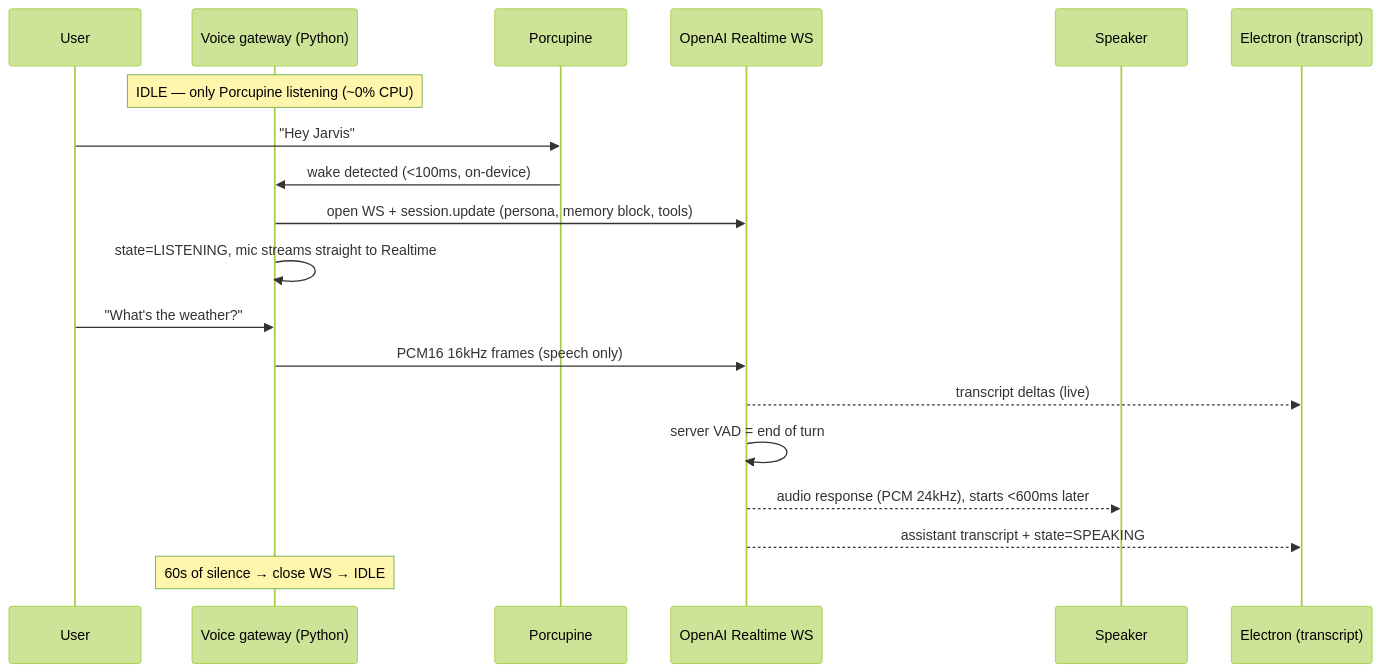
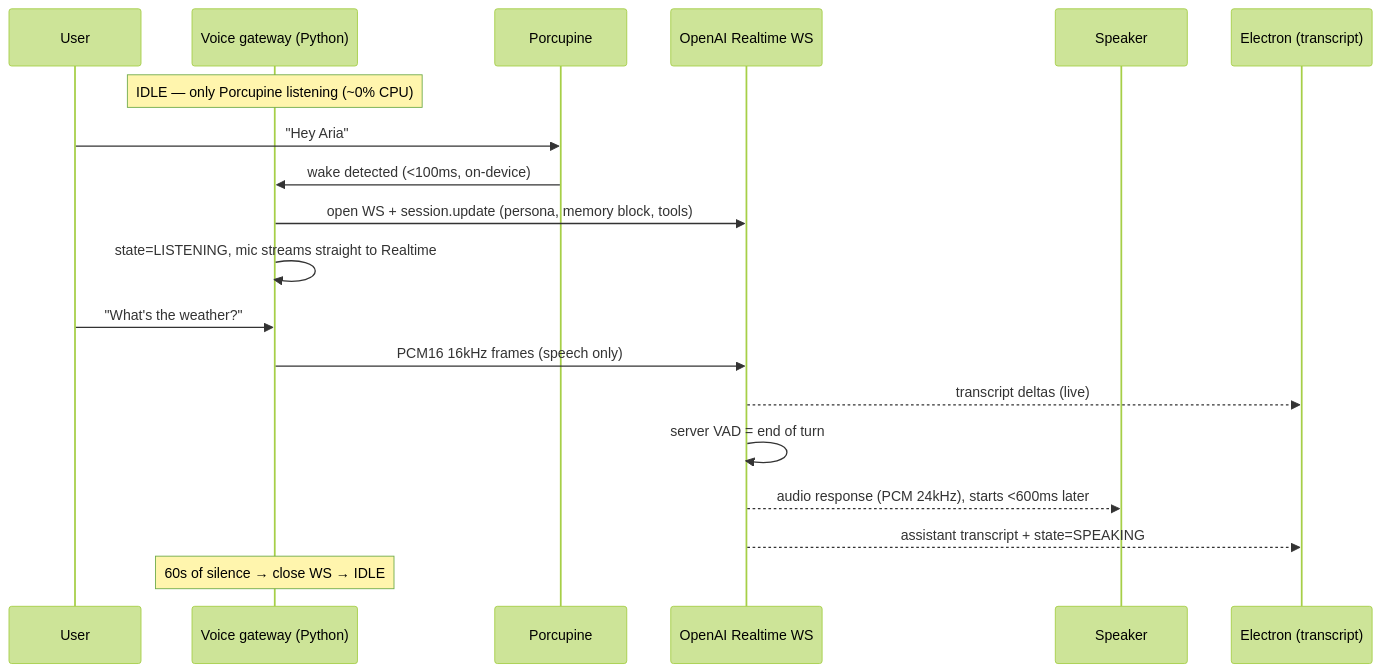
Before and after one commit to TechyLakshay/A.R.I.A.: the second of 6 diagrams in docs/MASTER_SPEC.md, drawn with Mermaid (forest theme). The commit also changed other lines of this file and 16 other files, not shown here.

````diff
--- a/docs/MASTER_SPEC.md
+++ b/docs/MASTER_SPEC.md
@@ -422,22 +422,22 @@
 ```mermaid
 sequenceDiagram
     participant U as User
     participant GW as Voice gateway (Python)
     participant P as Porcupine
     participant RT as OpenAI Realtime WS
     participant SPK as Speaker
     participant UI as Electron (transcript)
 
     Note over GW: IDLE — only Porcupine listening (~0% CPU)
-    U->>P: "Hey Jarvis"
+    U->>P: "Hey Aria"
     P->>GW: wake detected (<100ms, on-device)
     GW->>RT: open WS + session.update (persona, memory block, tools)
     GW->>GW: state=LISTENING, mic streams straight to Realtime
     U->>GW: "What's the weather?"
     GW->>RT: PCM16 16kHz frames (speech only)
     RT-->>UI: transcript deltas (live)
     RT->>RT: server VAD = end of turn
     RT-->>SPK: audio response (PCM 24kHz), starts <600ms later
     RT-->>UI: assistant transcript + state=SPEAKING
     Note over GW: 60s of silence → close WS → IDLE
 ```
````
